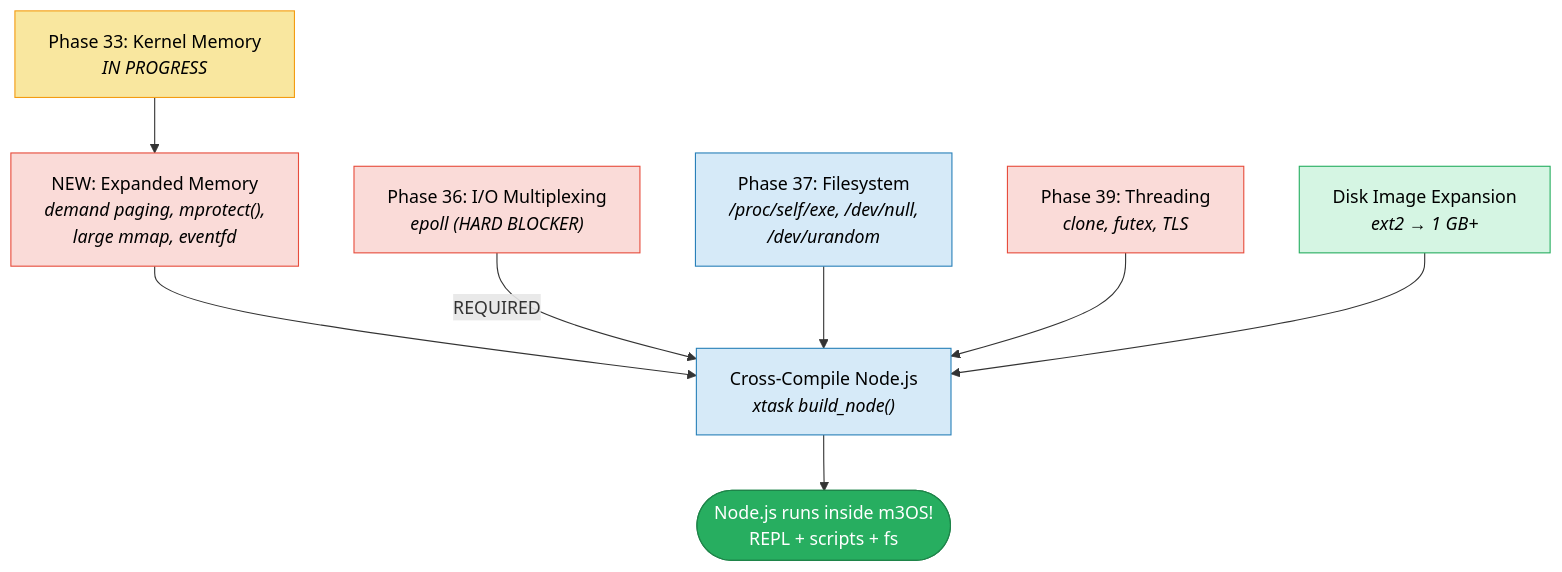
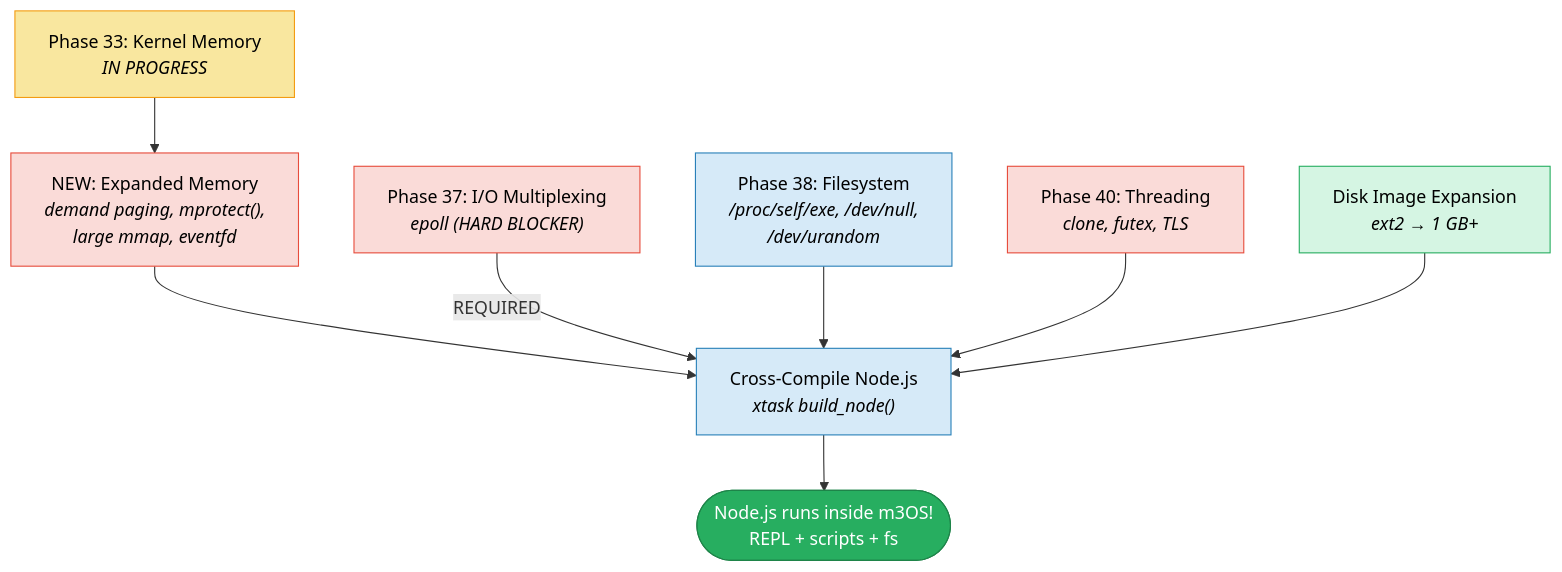
Before and after one commit to mikecubed/m3OS: the third of 5 diagrams in docs/nodejs-roadmap.md, drawn with Mermaid. The commit also changed other lines of this file and 34 other files, not shown here.

````diff
--- a/docs/nodejs-roadmap.md
+++ b/docs/nodejs-roadmap.md
@@ -286,28 +286,28 @@
 ```mermaid
 flowchart TD
     P33["Phase 33: Kernel Memory<br/><i>IN PROGRESS</i>"]
     EM["NEW: Expanded Memory<br/><i>demand paging, mprotect(),<br/>large mmap, eventfd</i>"]
-    P36["Phase 36: I/O Multiplexing<br/><i>epoll (HARD BLOCKER)</i>"]
-    P37["Phase 37: Filesystem<br/><i>/proc/self/exe, /dev/null,<br/>/dev/urandom</i>"]
-    P39["Phase 39: Threading<br/><i>clone, futex, TLS</i>"]
+    P37["Phase 37: I/O Multiplexing<br/><i>epoll (HARD BLOCKER)</i>"]
+    P38["Phase 38: Filesystem<br/><i>/proc/self/exe, /dev/null,<br/>/dev/urandom</i>"]
+    P40["Phase 40: Threading<br/><i>clone, futex, TLS</i>"]
     DI["Disk Image Expansion<br/><i>ext2 → 1 GB+</i>"]
     CC["Cross-Compile Node.js<br/><i>xtask build_node()</i>"]
     DONE(["Node.js runs inside m3OS!<br/>REPL + scripts + fs"])
 
     P33 --> EM
     EM --> CC
-    P36 -->|"REQUIRED"| CC
-    P37 --> CC
-    P39 --> CC
+    P37 -->|"REQUIRED"| CC
+    P38 --> CC
+    P40 --> CC
     DI --> CC
     CC --> DONE
 
     style P33 fill:#f9e79f,stroke:#f39c12,color:#000
     style EM fill:#fadbd8,stroke:#e74c3c,color:#000
-    style P36 fill:#fadbd8,stroke:#e74c3c,color:#000
-    style P37 fill:#d6eaf8,stroke:#2980b9,color:#000
-    style P39 fill:#fadbd8,stroke:#e74c3c,color:#000
+    style P37 fill:#fadbd8,stroke:#e74c3c,color:#000
+    style P38 fill:#d6eaf8,stroke:#2980b9,color:#000
+    style P40 fill:#fadbd8,stroke:#e74c3c,color:#000
     style DI fill:#d5f5e3,stroke:#27ae60,color:#000
     style CC fill:#d6eaf8,stroke:#2980b9,color:#000
     style DONE fill:#27ae60,stroke:#1e8449,color:#fff
 ```
````
